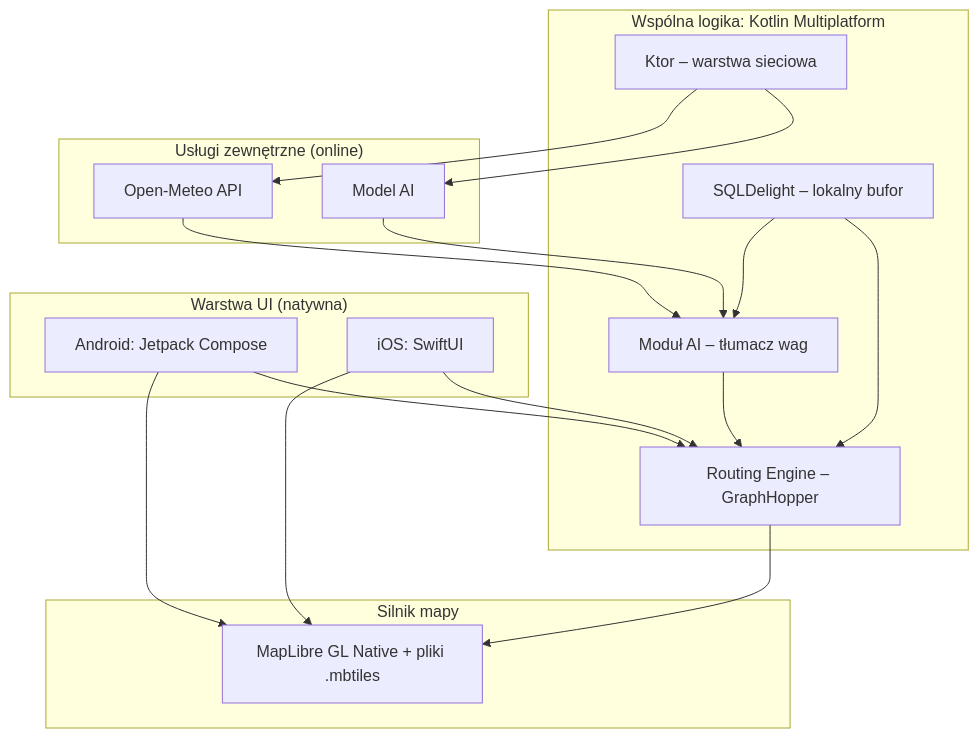
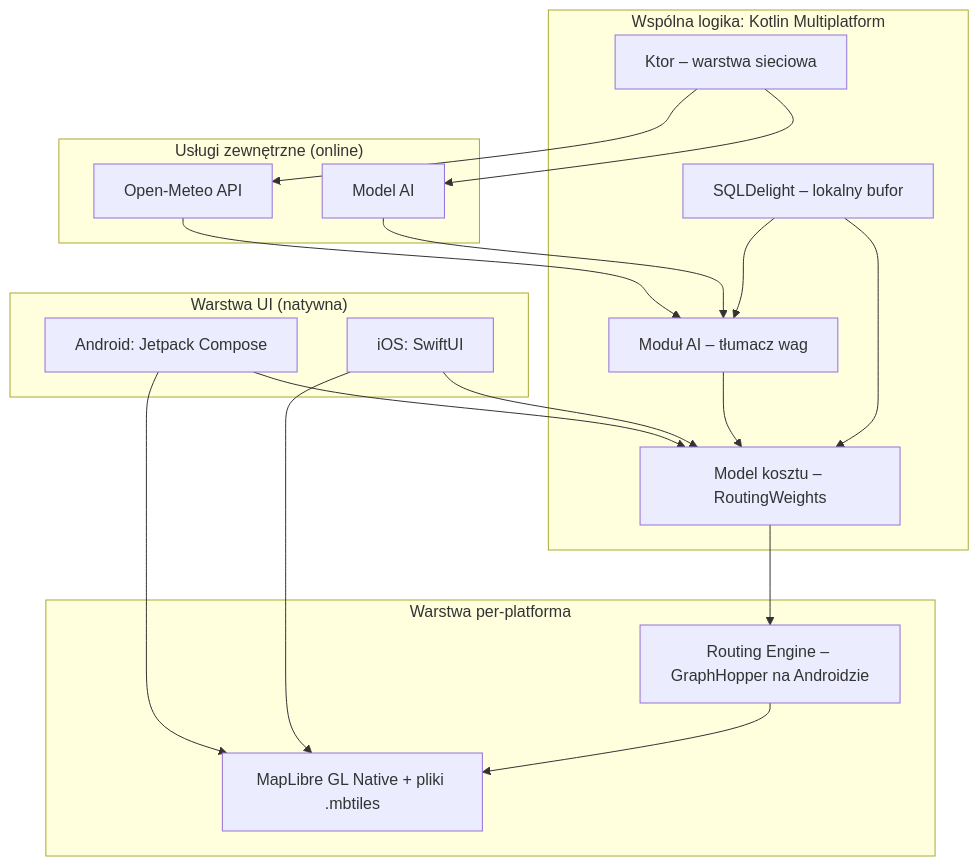
The first of 4 diagrams in docs/DOKUMENTACJA_TECHNICZNA.md (MarcinNowak1988/Nawigacja), drawn with Mermaid before and after one commit. The commit also changed other lines of this file and 24 other files, not shown here.

First line of the commit message:
Add repo foundation, architecture decision records and tested core logic

````diff
--- a/docs/DOKUMENTACJA_TECHNICZNA.md
+++ b/docs/DOKUMENTACJA_TECHNICZNA.md
@@ -62,33 +68,35 @@
 ```mermaid
 graph TD
     subgraph UI["Warstwa UI (natywna)"]
         A1[Android: Jetpack Compose]
         A2[iOS: SwiftUI]
     end
     subgraph KMP["Wspólna logika: Kotlin Multiplatform"]
-        B1[Routing Engine – GraphHopper]
+        B0[Model kosztu – RoutingWeights]
         B4[Moduł AI – tłumacz wag]
         B2[SQLDelight – lokalny bufor]
         B3[Ktor – warstwa sieciowa]
     end
-    subgraph MAP["Silnik mapy"]
+    subgraph NAT["Warstwa per-platforma"]
+        B1[Routing Engine – GraphHopper na Androidzie]
         C1[MapLibre GL Native + pliki .mbtiles]
     end
     subgraph EXT["Usługi zewnętrzne (online)"]
         D1[Open-Meteo API]
         D2[Model AI]
     end
 
-    A1 --> B1
-    A2 --> B1
+    A1 --> B0
+    A2 --> B0
     A1 --> C1
     A2 --> C1
+    B0 --> B1
     B1 --> C1
-    B4 --> B1
+    B4 --> B0
     B3 --> D1
     B3 --> D2
     D1 --> B4
     D2 --> B4
-    B2 --> B1
+    B2 --> B0
     B2 --> B4
 ```
````
